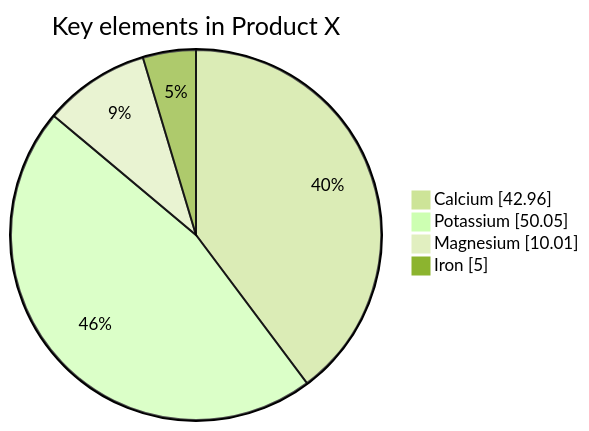
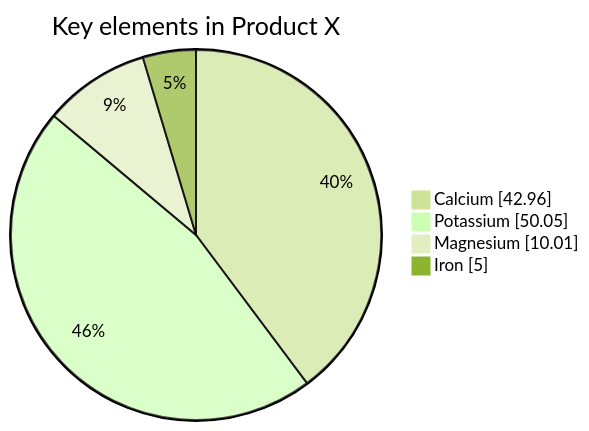
Before and after one commit to mermaid-js/mermaid: the second of 2 diagrams in docs/syntax/pie.md, drawn with Mermaid (forest theme). The commit also changed other lines of this file and 5 other files, not shown here.

Commit message:
fixup! feat(pie): adding outer border, text position options

````diff
--- a/docs/syntax/pie.md
+++ b/docs/syntax/pie.md
@@ -59,8 +60,9 @@
 ```mermaid
+%%{init: {"pie": {"textPosition": 0.8, "outerBorderWidth": 5}} }%%
 pie showData
     title Key elements in Product X
     "Calcium" : 42.96
     "Potassium" : 50.05
     "Magnesium" : 10.01
     "Iron" :  5
 ```
````
